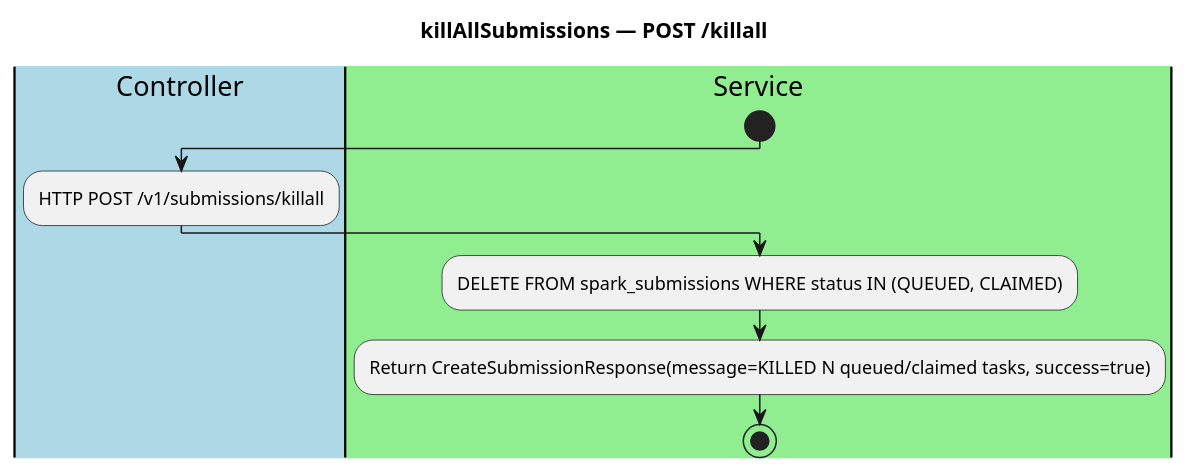
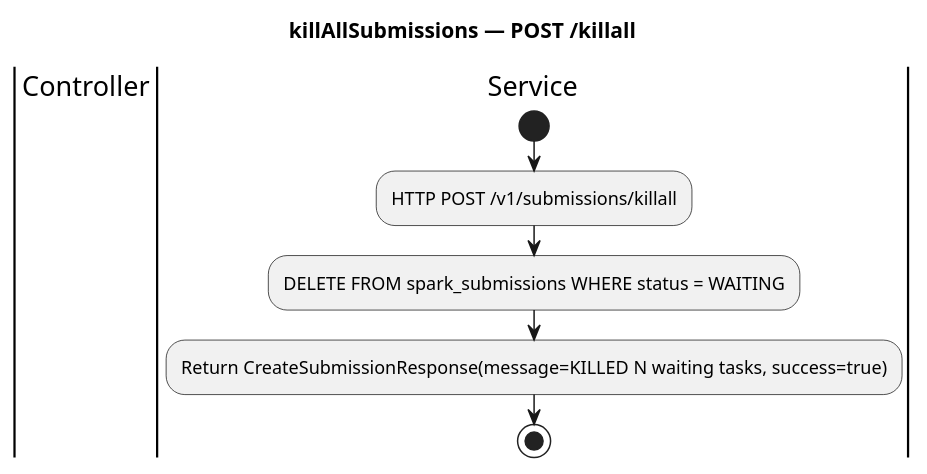
The diagram in lakehouse-task-proxy-for-spark/diagrams/activity-killAllSubmissions.puml (zaytsevdmitry/lakehouse), drawn with PlantUML before and after one commit. The commit also changed 146 other files, not shown here.

First line of the commit message:
NEW Added   service lakehouse-task-proxy-for-spark REMOVED   K8sSparkNativeTaskProcessor RENAMED

```diff
--- a/lakehouse-task-proxy-for-spark/diagrams/activity-killAllSubmissions.puml
+++ b/lakehouse-task-proxy-for-spark/diagrams/activity-killAllSubmissions.puml
@@ -1,21 +1,19 @@
 @startuml
 title killAllSubmissions — POST /killall
 
-|#LightBlue|Controller|
-|#LightGreen|Service|
+|Controller|
+|Service|
 
 start
-
-|Controller|
 
 :HTTP POST /v1/submissions/killall;
 
 |Service|
 
-:DELETE FROM spark_submissions WHERE status IN (QUEUED, CLAIMED);
+:DELETE FROM spark_submissions WHERE status = WAITING;
 
-:Return CreateSubmissionResponse(message=KILLED N queued/claimed tasks, success=true);
+:Return CreateSubmissionResponse(message=KILLED N waiting tasks, success=true);
 
 stop
 
 @enduml
```
